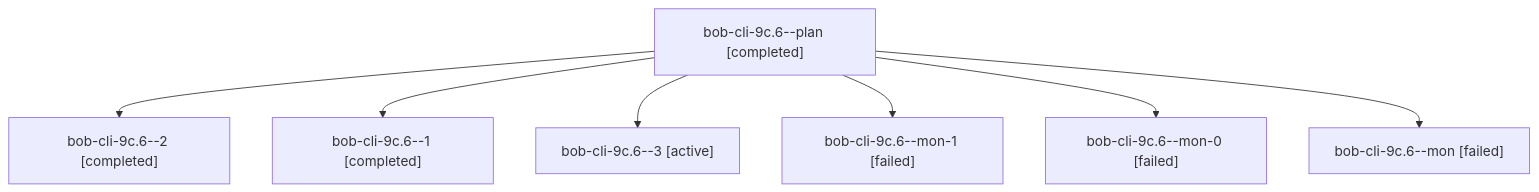
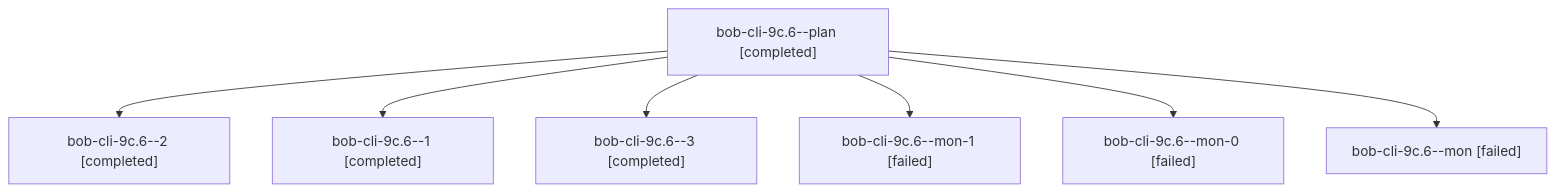
The diagram in sessions/bbugyi200.athena.bob-cli-9c.6.md (bobs-org/bob-cli--agents), drawn with Mermaid before and after one commit. The commit also changed other lines of this file and 47 other files, not shown here.

````diff
--- a/sessions/bbugyi200.athena.bob-cli-9c.6.md
+++ b/sessions/bbugyi200.athena.bob-cli-9c.6.md
@@ -9,16 +9,16 @@
 ```mermaid
 flowchart TD
   n0["bob-cli-9c.6--plan [completed]"]
   n1["bob-cli-9c.6--2 [completed]"]
   n0 --> n1
   n2["bob-cli-9c.6--1 [completed]"]
   n0 --> n2
-  n3["bob-cli-9c.6--3 [active]"]
+  n3["bob-cli-9c.6--3 [completed]"]
   n0 --> n3
   n4["bob-cli-9c.6--mon-1 [failed]"]
   n0 --> n4
   n5["bob-cli-9c.6--mon-0 [failed]"]
   n0 --> n5
   n6["bob-cli-9c.6--mon [failed]"]
   n0 --> n6
 ```
````
